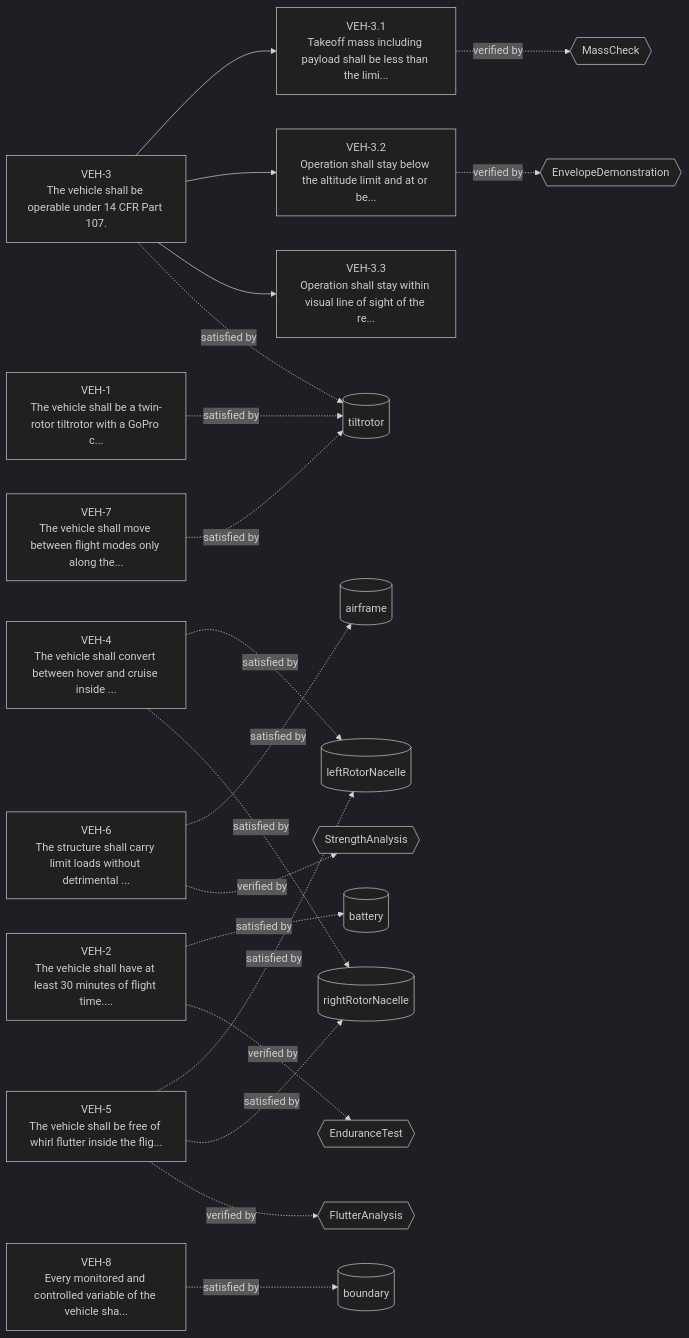
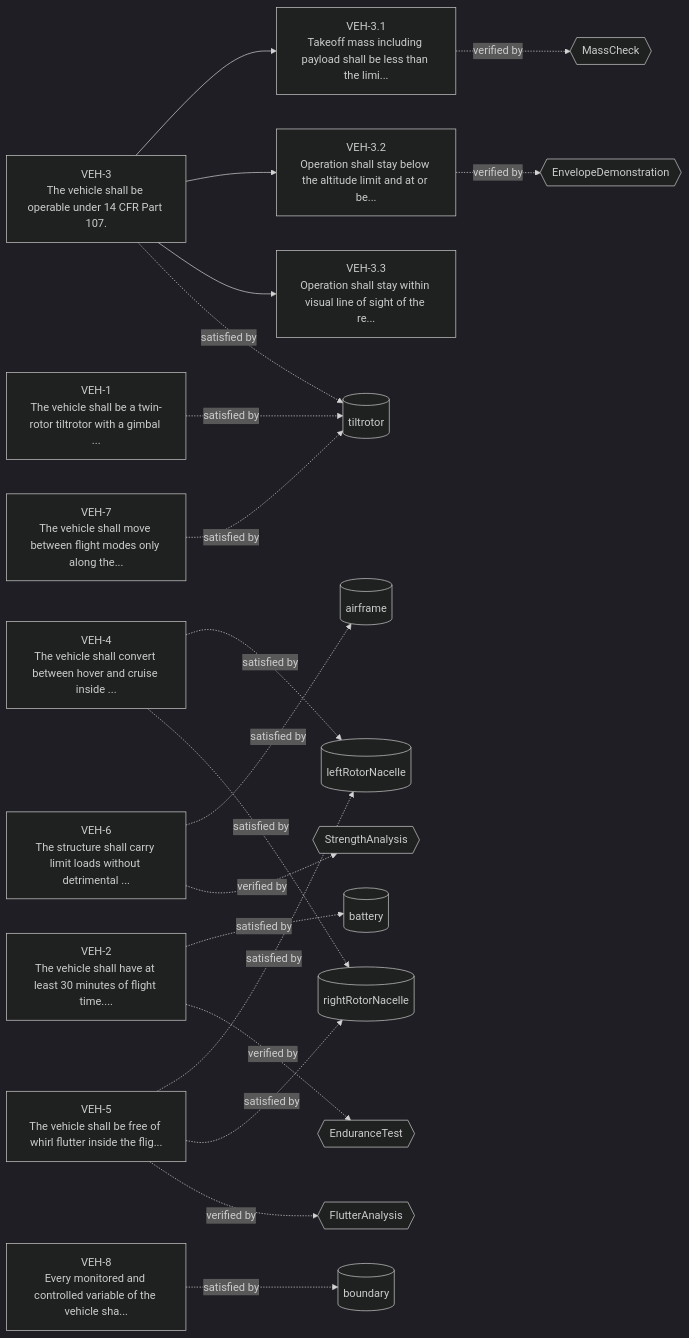
Before and after one commit to BennyGodwinM/Tilt-Rotor-Reqs: the diagram in docs/views/req.mmd, drawn with Mermaid (dark theme). The commit also changed 19 other files, not shown here.

```diff
--- a/docs/views/req.mmd
+++ b/docs/views/req.mmd
@@ -1,30 +1,30 @@
 flowchart LR
-  VEH_1["VEH-1<br/>The vehicle shall be a twin-rotor tiltrotor with a GoPro c..."]
+  VEH_1["VEH-1<br/>The vehicle shall be a twin-rotor tiltrotor with a gimbal ..."]
   VEH_2["VEH-2<br/>The vehicle shall have at least 30 minutes of flight time...."]
   VEH_3["VEH-3<br/>The vehicle shall be operable under 14 CFR Part 107."]
   VEH_3_1["VEH-3.1<br/>Takeoff mass including payload shall be less than the limi..."]
   VEH_3 --> VEH_3_1
   VEH_3_2["VEH-3.2<br/>Operation shall stay below the altitude limit and at or be..."]
   VEH_3 --> VEH_3_2
   VEH_3_3["VEH-3.3<br/>Operation shall stay within visual line of sight of the re..."]
   VEH_3 --> VEH_3_3
   VEH_4["VEH-4<br/>The vehicle shall convert between hover and cruise inside ..."]
   VEH_5["VEH-5<br/>The vehicle shall be free of whirl flutter inside the flig..."]
   VEH_6["VEH-6<br/>The structure shall carry limit loads without detrimental ..."]
   VEH_7["VEH-7<br/>The vehicle shall move between flight modes only along the..."]
   VEH_8["VEH-8<br/>Every monitored and controlled variable of the vehicle sha..."]
   VEH_6 -. satisfied by .-> P_airframe[("airframe")]
   VEH_1 -. satisfied by .-> P_tiltrotor[("tiltrotor")]
   VEH_2 -. satisfied by .-> P_battery[("battery")]
   VEH_3 -. satisfied by .-> P_tiltrotor[("tiltrotor")]
   VEH_4 -. satisfied by .-> P_leftRotorNacelle[("leftRotorNacelle")]
   VEH_4 -. satisfied by .-> P_rightRotorNacelle[("rightRotorNacelle")]
   VEH_5 -. satisfied by .-> P_leftRotorNacelle[("leftRotorNacelle")]
   VEH_5 -. satisfied by .-> P_rightRotorNacelle[("rightRotorNacelle")]
   VEH_7 -. satisfied by .-> P_tiltrotor[("tiltrotor")]
   VEH_8 -. satisfied by .-> P_boundary[("boundary")]
   VEH_2 -. verified by .-> V_EnduranceTest{{"EnduranceTest"}}
   VEH_3_1 -. verified by .-> V_MassCheck{{"MassCheck"}}
   VEH_3_2 -. verified by .-> V_EnvelopeDemonstration{{"EnvelopeDemonstration"}}
   VEH_5 -. verified by .-> V_FlutterAnalysis{{"FlutterAnalysis"}}
   VEH_6 -. verified by .-> V_StrengthAnalysis{{"StrengthAnalysis"}}
```
